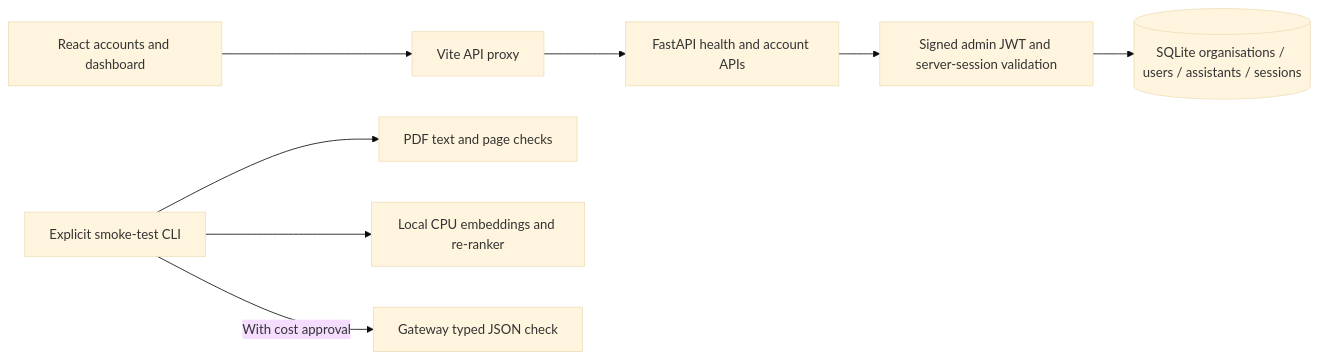
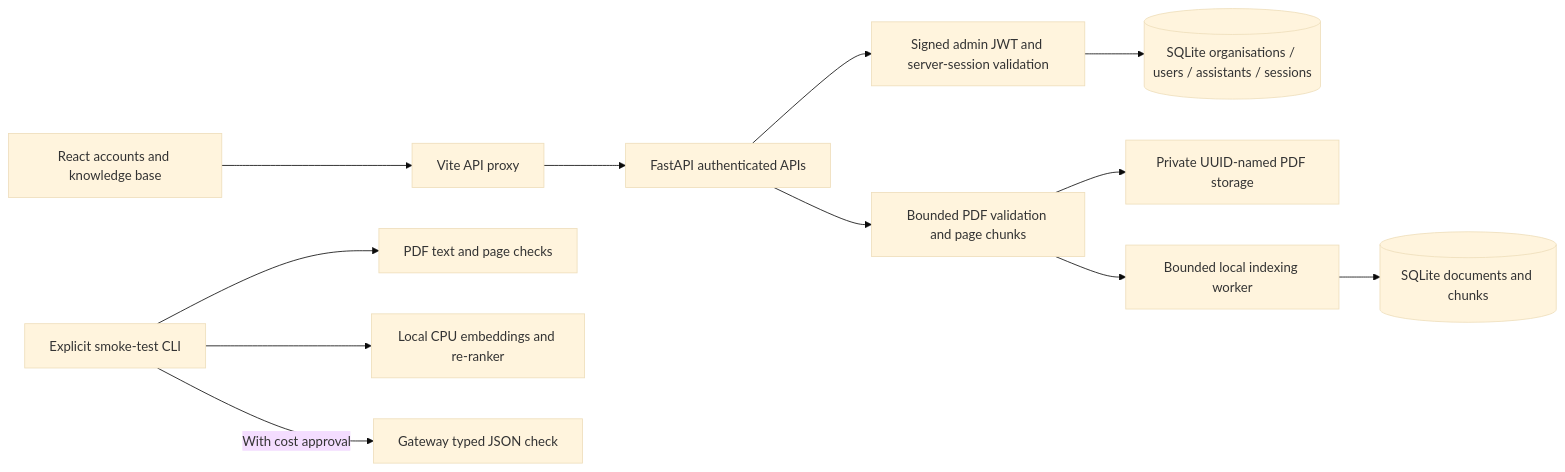
The diagram in README.md (himanshu-chauhan2/RAG_pipline_agents_PanScience_Innovations-), drawn with Mermaid (base theme) before and after one commit. The commit also changed other lines of this file and 47 other files, not shown here.

````diff
--- a/README.md
+++ b/README.md
@@ -98,10 +99,14 @@
 ```mermaid
 flowchart LR
-    Browser[React accounts and dashboard] --> Proxy[Vite API proxy]
-    Proxy --> API[FastAPI health and account APIs]
+    Browser[React accounts and knowledge base] --> Proxy[Vite API proxy]
+    Proxy --> API[FastAPI authenticated APIs]
     API --> Auth[Signed admin JWT and server-session validation]
     Auth --> DB[(SQLite organisations / users / assistants / sessions)]
+    API --> PDF[Bounded PDF validation and page chunks]
+    PDF --> Private[Private UUID-named PDF storage]
+    PDF --> Worker[Bounded local indexing worker]
+    Worker --> Index[(SQLite documents and chunks)]
     Smoke[Explicit smoke-test CLI] --> PDFs[PDF text and page checks]
     Smoke --> Models[Local CPU embeddings and re-ranker]
     Smoke -->|With cost approval| Gateway[Gateway typed JSON check]
 ```
````
